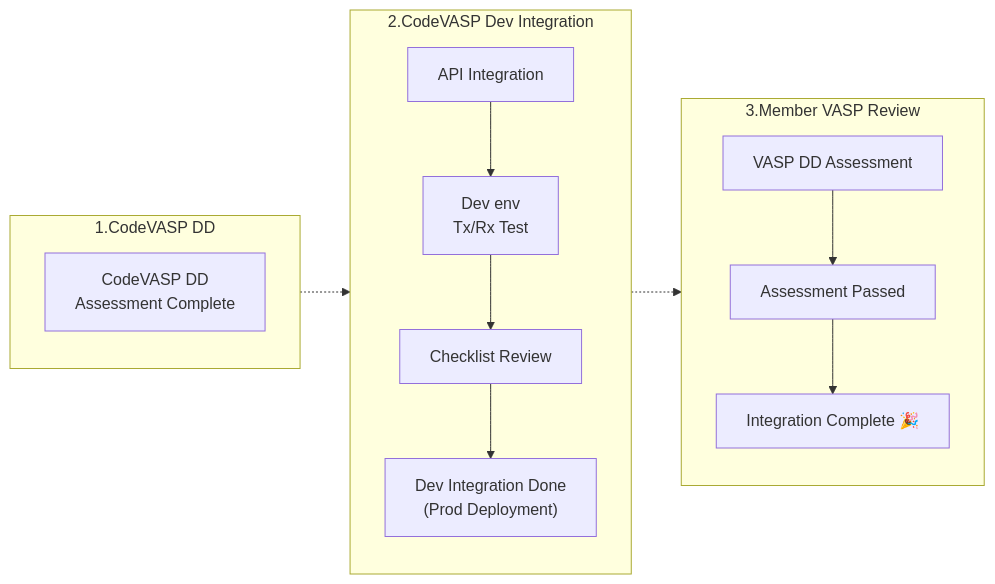
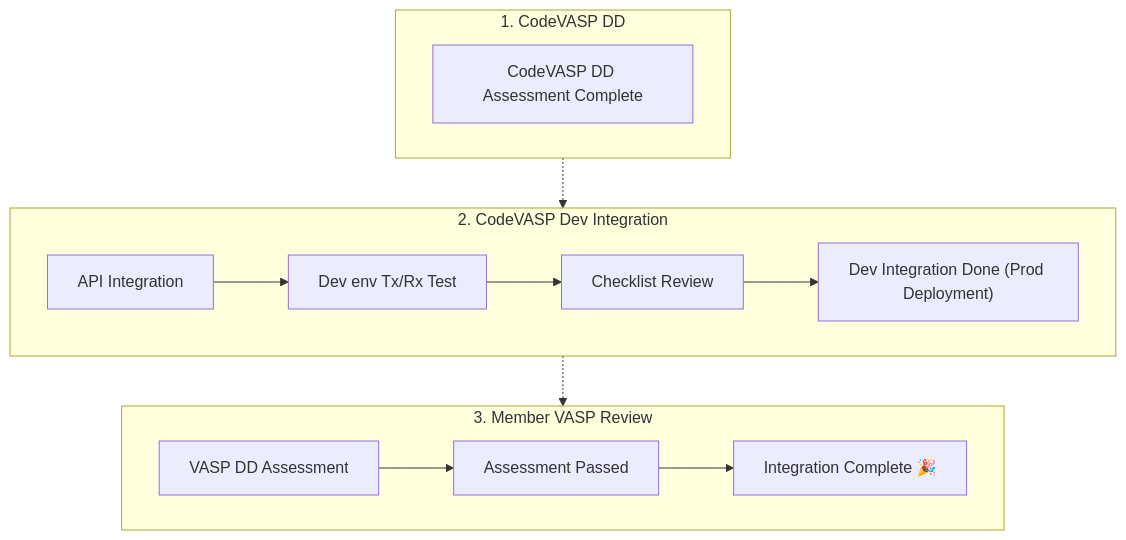
The diagram in skills/codevasp-core/references/guides/1_General/01_Integration_Process.md (codevasp-lab/codevasp-skill), drawn with Mermaid before and after one commit. The commit also changed other lines of this file and 15 other files, not shown here.

Commit message:
Normalize quotation styles and improve flowchart formatting across documentation files for consistency.

````diff
--- a/skills/codevasp-core/references/guides/1_General/01_Integration_Process.md
+++ b/skills/codevasp-core/references/guides/1_General/01_Integration_Process.md
@@ -31,32 +3,38 @@
 ```mermaid
-graph LR
-    %% Stage 1: CodeVASP DD
-    subgraph S1 ["1.CodeVASP DD"]
-        direction TB
-        A1["CodeVASP DD<br/>Assessment Complete"]
+graph TD
+%% Stage 1: CodeVASP Due Diligence
+    subgraph Stage1 [1. CodeVASP DD]
+        A1["CodeVASP DD Assessment Complete"]
     end
 
-    %% Stage 2: CodeVASP Dev Integration
-    subgraph S2 ["2.CodeVASP Dev Integration"]
-        direction TB
-        B1["API Integration"] --> B2["Dev env<br/>Tx/Rx Test"]
-        B2 --> B3["Checklist Review"]
-        B3 --> B4["Dev Integration Done<br/>(Prod Deployment)"]
+%% Stage 2: Development Integration
+    subgraph Stage2 [2. CodeVASP Dev Integration]
+        B1["API Integration"]
+        B2["Dev env Tx/Rx Test"]
+        B3["Checklist Review"]
+        B4["Dev Integration Done (Prod Deployment)"]
+
+        B1 --> B2
+        B2 --> B3
+        B3 --> B4
     end
 
-    %% Stage 3: Member VASP Review
-    subgraph S3 ["3.Member VASP Review"]
-        direction TB
-        C1["VASP DD Assessment"] --> C2["Assessment Passed"]
-        C2 --> C3["Integration Complete 🎉"]
+%% Stage 3: Member Review
+    subgraph Stage3 [3. Member VASP Review]
+        C1["VASP DD Assessment"]
+        C2["Assessment Passed"]
+        C3["Integration Complete 🎉"]
+
+        C1 --> C2
+        C2 --> C3
     end
 
-    %% Transitions between stages
-    S1 -.-> S2
-    S2 -.-> S3
+%% High-level Process Flow
+    Stage1 -.-> Stage2
+    Stage2 -.-> Stage3
 
-    %% Text Mapping & Explanations
-    %% Node A1: Initial due diligence (DD) assessment phase.
-    %% Node B1-B4: Technical integration steps including API setup, testing, and production deployment.
-    %% Node C1-C3: Final review and validation by the Member VASP to close the process.
+%% Text Mapping and Contextual Notes
+%% Node A1: Represents the completion of initial Due Diligence.
+%% Node B1-B4: Represents the technical execution and deployment phase.
+%% Node C1-C3: Represents the final regulatory/member assessment and finalization.
 ```
````
